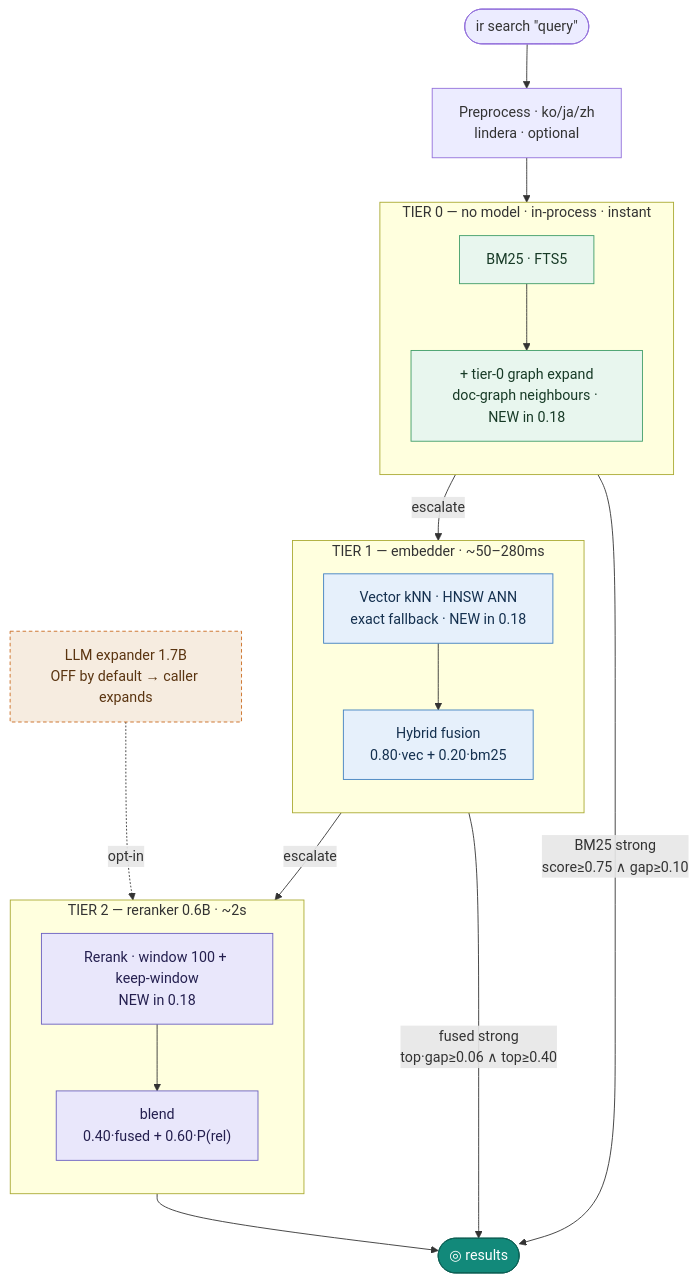
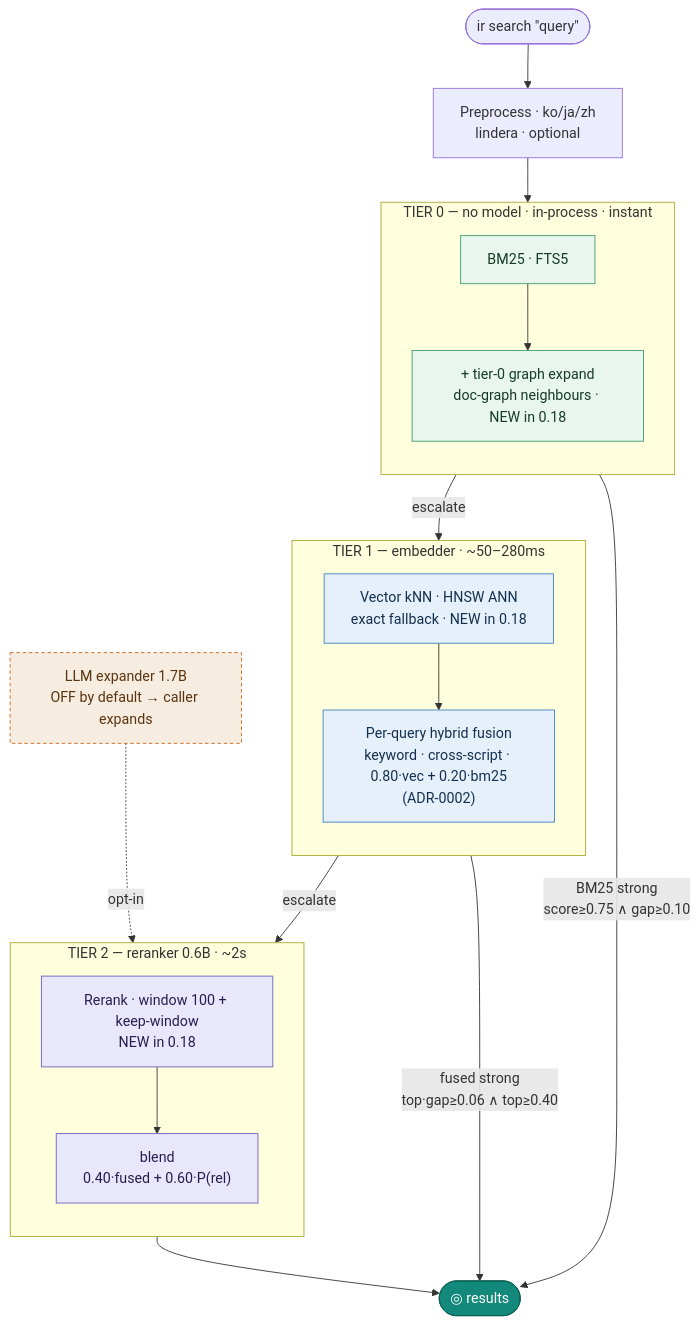
One commit to vlwkaos/ir changed the diagram in research/pipeline.md. Above: the diagram before and after it, drawn with Mermaid. The commit also changed other lines of this file and 5 other files, not shown here.

Commit message:
docs: per-query fusion in README, CHANGELOG, ADR-0002 and help; tidy README

````diff
--- a/research/pipeline.md
+++ b/research/pipeline.md
@@ -11,39 +11,39 @@
 ```mermaid
 flowchart TD
     Q(["ir search &quot;query&quot;"]) --> PRE["Preprocess · ko/ja/zh<br/>lindera · optional"]
     PRE --> T0
 
     subgraph S0["TIER 0 — no model · in-process · instant"]
         direction TB
         T0["BM25 · FTS5"] --> T0G["+ tier-0 graph expand<br/>doc-graph neighbours · NEW in 0.18"]
     end
 
     subgraph S1["TIER 1 — embedder · ~50–280ms"]
         direction TB
-        T1["Vector kNN · HNSW ANN<br/>exact fallback · NEW in 0.18"] --> FUSE["Hybrid fusion<br/>0.80·vec + 0.20·bm25"]
+        T1["Vector kNN · HNSW ANN<br/>exact fallback · NEW in 0.18"] --> FUSE["Per-query hybrid fusion<br/>keyword · cross-script · 0.80·vec + 0.20·bm25<br/>(ADR-0002)"]
     end
 
     subgraph S2["TIER 2 — reranker 0.6B · ~2s"]
         direction TB
         RR["Rerank · window 100 + keep-window<br/>NEW in 0.18"] --> BLEND["blend<br/>0.40·fused + 0.60·P(rel)"]
     end
 
     T0G -->|"BM25 strong<br/>score≥0.75 ∧ gap≥0.10"| DONE([" ◎ results "])
     T0G -->|escalate| T1
     FUSE -->|"fused strong<br/>top·gap≥0.06 ∧ top≥0.40"| DONE
     FUSE -->|escalate| RR
     BLEND --> DONE
 
     EXP["LLM expander 1.7B<br/>OFF by default → caller expands"] -. opt-in .-> RR
 
     classDef t0 fill:#e8f6ee,stroke:#3f9d68,stroke-width:1px,color:#173a26;
     classDef t1 fill:#e6f0fb,stroke:#3f7fc0,stroke-width:1px,color:#14304f;
     classDef t2 fill:#e9e7fb,stroke:#6a5fc0,stroke-width:1px,color:#241f4f;
     classDef done fill:#12897a,stroke:#0c5f54,stroke-width:1px,color:#ffffff;
     classDef off fill:#f6ece0,stroke:#c96a1e,stroke-width:1px,color:#5a3410,stroke-dasharray:4 3;
     class T0,T0G t0;
     class T1,FUSE t1;
     class RR,BLEND t2;
     class DONE done;
     class EXP off;
 ```
````
